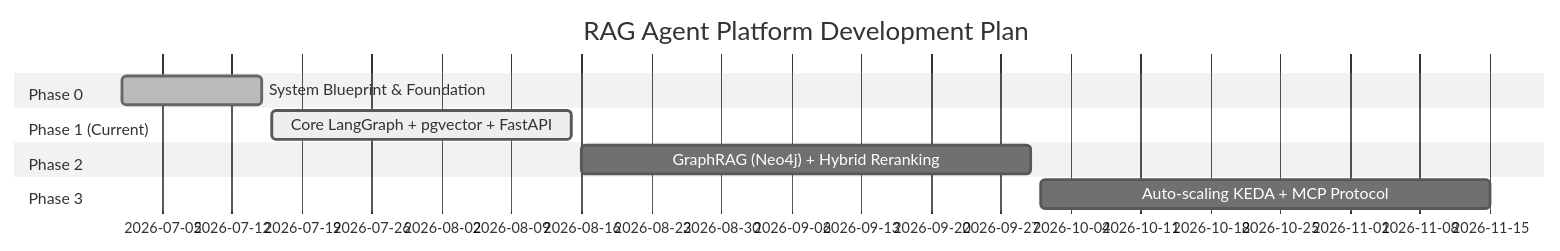
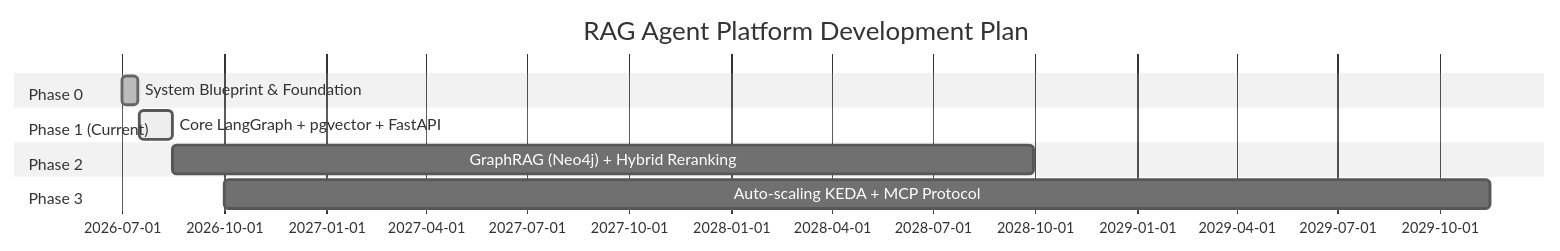
One commit to AliNikkhah2001/Work_Credit-RAG_Phase1 changed the sixth of 6 diagrams in README.md. Above: the diagram before and after it, drawn with Mermaid (neutral theme). The commit also changed other lines of this file, not shown here.

First line of the commit message:
Revise state flow, directory structure, and timelines

````diff
--- a/README.md
+++ b/README.md
@@ -364,13 +464,13 @@
 ```mermaid
 gantt
     title RAG Agent Platform Development Plan
     dateFormat  YYYY-MM-DD
     section Phase 0
     System Blueprint & Foundation      :done, p0, 2026-07-01, 2026-07-15
     section Phase 1 (Current)
     Core LangGraph + pgvector + FastAPI :active, p1, 2026-07-16, 2026-08-15
     section Phase 2
-    GraphRAG (Neo4j) + Hybrid Reranking :p2, 2026-08-16, 2026-09-30
+    GraphRAG (Neo4j) + Hybrid Reranking :p2, 2026-08-16, 2028-09-30
     section Phase 3
-    Auto-scaling KEDA + MCP Protocol    :p3, 2026-10-01, 2026-11-15
+    Auto-scaling KEDA + MCP Protocol    :p3, 2026-10-01, 2029-11-15
 ```
````
